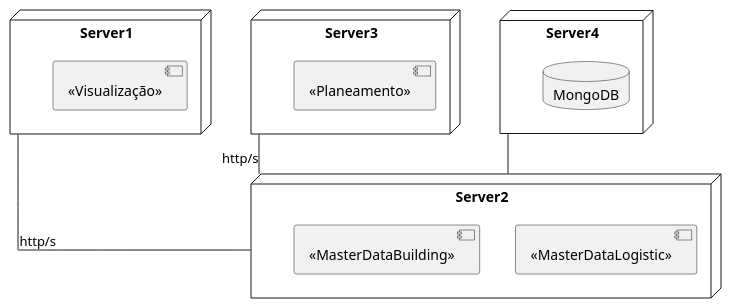
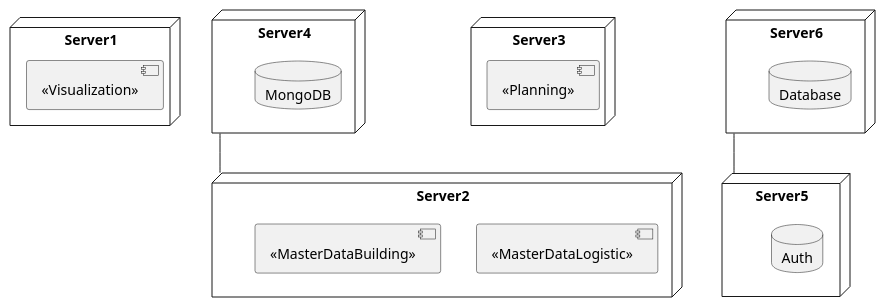
One commit to Pedro-Pereira1/sem5pi_23_24_g056_Auth changed the diagram in docs/Level_2/Diagrams/PhysicalView.puml. Above: the diagram before and after it, drawn with PlantUML.

Commit message:
SC-36 Add documentation base template

```diff
--- a/docs/Level_2/Diagrams/PhysicalView.puml
+++ b/docs/Level_2/Diagrams/PhysicalView.puml
@@ -1,32 +1,40 @@
 @startuml
 
 skinparam linetype ortho
 
 node Server1{
-   component "<<Visualização>>" as V {
+   component "<<Visualization>>" as V {
     }
 }
 
 node Server2{
   component "<<MasterDataLogistic>>" as MDL{
   }
 
   component "<<MasterDataBuilding>>" as MDB{
   }
 }
 
 node Server3{
-  component "<<Planeamento>>" as P {
+  component "<<Planning>>" as P {
   }
 }
 
 node Server4{
   database MongoDB
 }
 
+node Server5{
+  database Auth
+}
+
+node Server6{
+  database Database
+}
 
 
-Server1 -d- Server2: http/s
-Server2 -u- Server3: http/s
+
+
 Server2 -u- Server4
+Server5 -u- Server6
 @enduml
```
